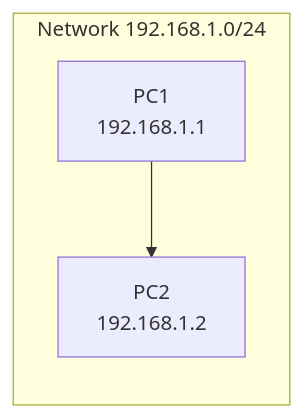
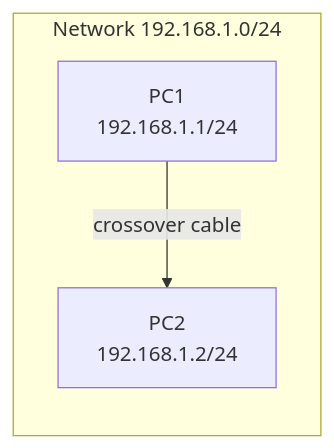
Before and after one commit to rick-homelab/ccna-handson-labs: the first of 2 diagrams in project-1/README.md, drawn with Mermaid.

````diff
--- a/project-1/README.md
+++ b/project-1/README.md
@@ -45,8 +45,8 @@
 ```mermaid
 graph LR
     subgraph Network 192.168.1.0/24
-        A[PC1</br>192.168.1.1]
-        B[PC2</br>192.168.1.2]
+        A[PC1</br>192.168.1.1/24]
+        B[PC2</br>192.168.1.2/24]
     end
-    A --> B
+    A -->|crossover cable| B
 ```
````
